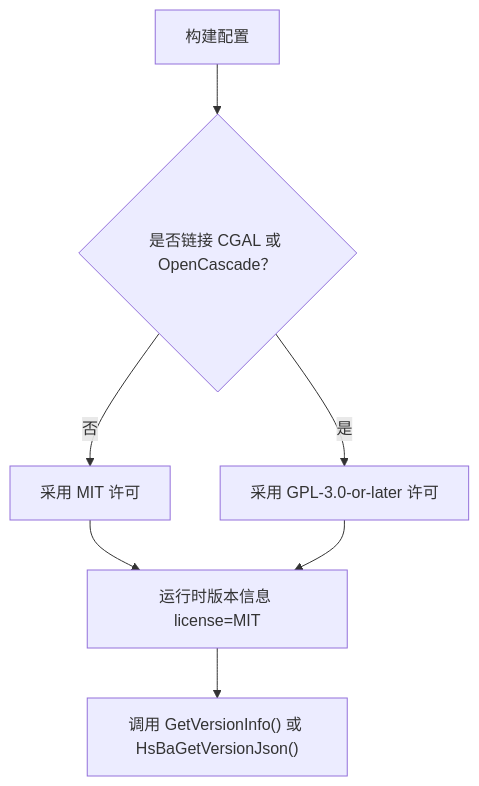
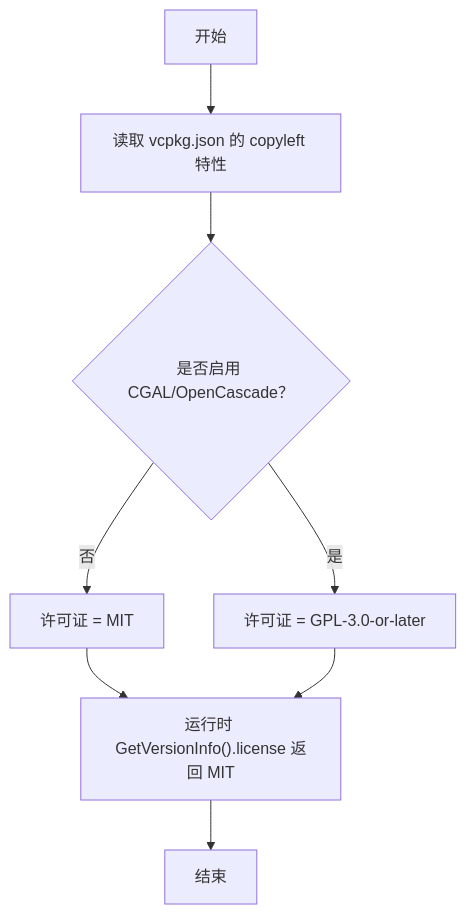
One commit to hsmbanlance/HsBaSlicer changed the third of 6 diagrams in .qoder/repowiki/zh/content/附录.md. Above: the diagram before and after it, drawn with Mermaid. The commit also changed other lines of this file and 1135 other files, not shown here.

````diff
--- a/.qoder/repowiki/zh/content/附录.md
+++ b/.qoder/repowiki/zh/content/附录.md
@@ -359,9 +127,10 @@
 ```mermaid
 flowchart TD
-Build["构建配置"] --> Detect{"是否链接 CGAL 或 OpenCascade？"}
-Detect --> |否| MIT["采用 MIT 许可"]
-Detect --> |是| GPL["采用 GPL-3.0-or-later 许可"]
-MIT --> Runtime["运行时版本信息 license=MIT"]
+Start["开始"] --> CheckVcpkg["读取 vcpkg.json 的 copyleft 特性"]
+CheckVcpkg --> HasCopyleft{"是否启用 CGAL/OpenCascade？"}
+HasCopyleft --> |否| MIT["许可证 = MIT"]
+HasCopyleft --> |是| GPL["许可证 = GPL-3.0-or-later"]
+MIT --> Runtime["运行时 GetVersionInfo().license 返回 MIT"]
 GPL --> Runtime
-Runtime --> Query["调用 GetVersionInfo() 或 HsBaGetVersionJson()"]
+Runtime --> End["结束"]
 ```
````
